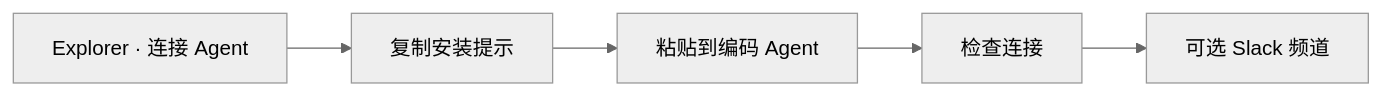
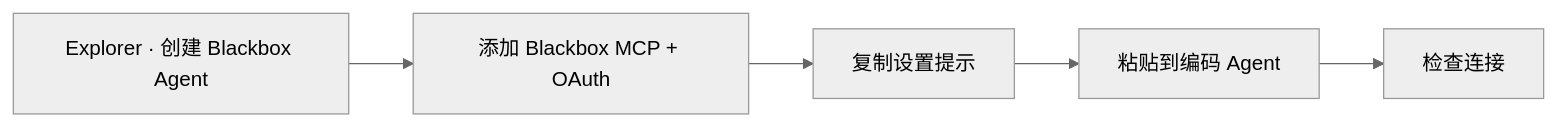
The diagram in zh/agent-qa/getting-started.md (softprobe/document-website), drawn with Mermaid (neutral theme) before and after one commit. The commit also changed other lines of this file and 17 other files, not shown here.

Commit message:
docs(blackbox): rename MCP server alias and Agent QA docs to Blackbox

````diff
--- a/zh/agent-qa/getting-started.md
+++ b/zh/agent-qa/getting-started.md
@@ -11,9 +11,9 @@
 ```mermaid
 flowchart LR
-  explorer["Explorer · 连接 Agent"]
-  prompt["复制安装提示"]
+  explorer["Explorer · 创建 Blackbox Agent"]
+  mcp["添加 Blackbox MCP + OAuth"]
+  prompt["复制设置提示"]
   paste["粘贴到编码 Agent"]
   verify["检查连接"]
-  slack["可选 Slack 频道"]
-  explorer --> prompt --> paste --> verify --> slack
+  explorer --> mcp --> prompt --> paste --> verify
 ```
````
